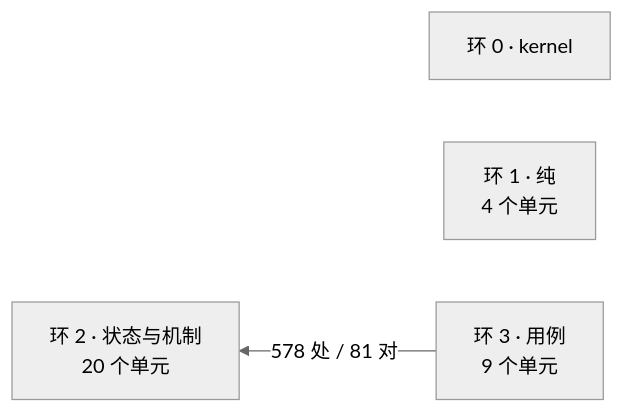
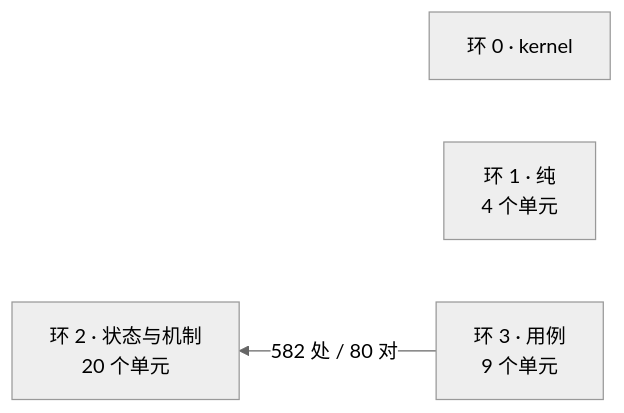
One commit to theRMM714/Solomni changed the diagram in docs/architecture/dependency-map.md. Above: the diagram before and after it, drawn with Mermaid (neutral theme). The commit also changed other lines of this file and 32 other files, not shown here.

````diff
--- a/docs/architecture/dependency-map.md
+++ b/docs/architecture/dependency-map.md
@@ -14,8 +14,8 @@
 ```mermaid
 flowchart RL
   R0["环 0 · kernel"]
   R1["环 1 · 纯<br/>4 个单元"]
   R2["环 2 · 状态与机制<br/>20 个单元"]
   R3["环 3 · 用例<br/>9 个单元"]
-  R3 -->|"578 处 / 81 对"| R2
+  R3 -->|"582 处 / 80 对"| R2
 ```
````
